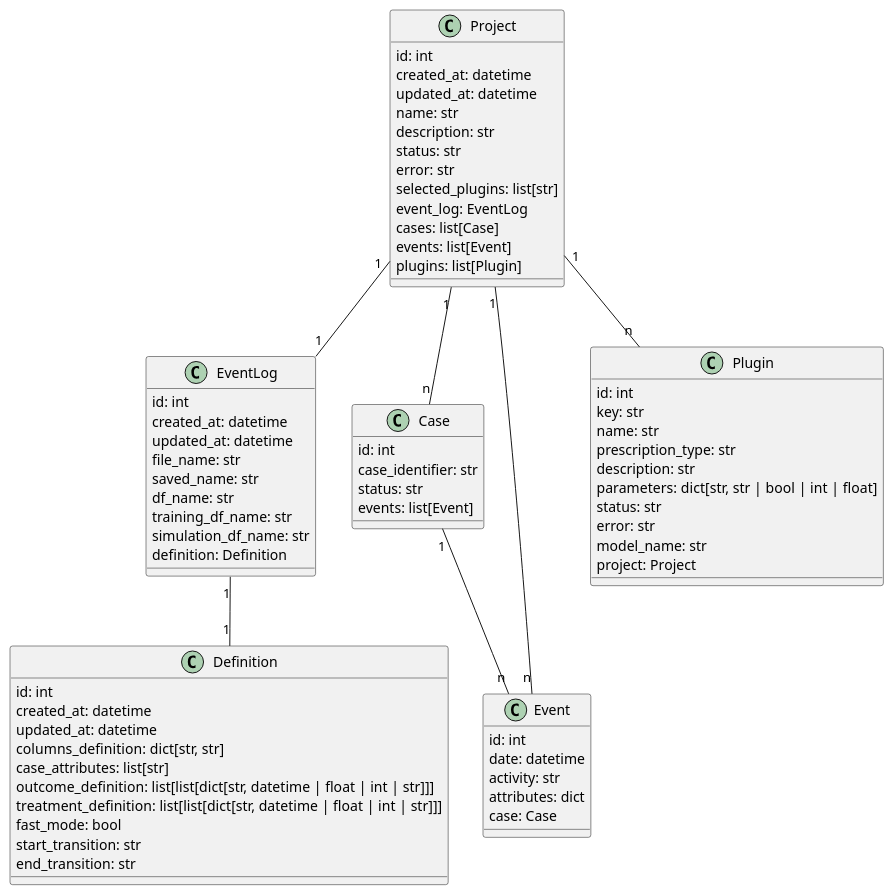
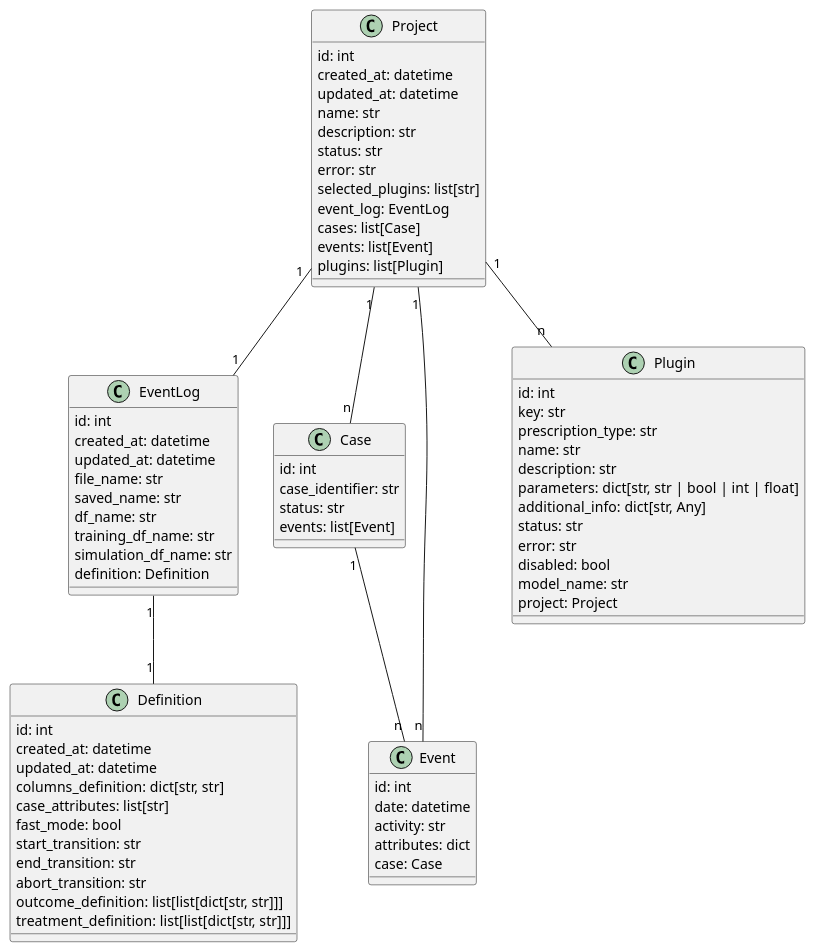
Before and after one commit to prcore/docs: the diagram in content/development/core/images/core-classes.plantuml, drawn with PlantUML. The commit also changed 15 other files, not shown here.

```diff
--- a/content/development/core/images/core-classes.plantuml
+++ b/content/development/core/images/core-classes.plantuml
@@ -1,78 +1,81 @@
 @startuml core-classes
 
 class EventLog {
     id: int
     created_at: datetime
     updated_at: datetime
     file_name: str
     saved_name: str
     df_name: str
     training_df_name: str
     simulation_df_name: str
     definition: Definition
 }
 
 class Definition {
     id: int
     created_at: datetime
     updated_at: datetime
     columns_definition: dict[str, str]
     case_attributes: list[str]
-    outcome_definition: list[list[dict[str, datetime | float | int | str]]]
-    treatment_definition: list[list[dict[str, datetime | float | int | str]]]
     fast_mode: bool
     start_transition: str
     end_transition: str
+    abort_transition: str
+    outcome_definition: list[list[dict[str, str]]]
+    treatment_definition: list[list[dict[str, str]]]
 }
 
 class Project {
     id: int
     created_at: datetime
     updated_at: datetime
     name: str
     description: str
     status: str
     error: str
     selected_plugins: list[str]
     event_log: EventLog
     cases: list[Case]
     events: list[Event]
     plugins: list[Plugin]
 }
 
 class Case{
     id: int
     case_identifier: str
     status: str
     events: list[Event]
 }
 
 class Event{
     id: int
     date: datetime
     activity: str
     attributes: dict
     case: Case
 }
 
 class Plugin {
     id: int
     key: str
+    prescription_type: str
     name: str
-    prescription_type: str
     description: str
     parameters: dict[str, str | bool | int | float]
+    additional_info: dict[str, Any]
     status: str
     error: str
+    disabled: bool
     model_name: str
     project: Project
 }
 
 EventLog "1" -- "1" Definition
 Project "1" -- "1" EventLog
 Project "1" -- "n" Case
 Project "1" -- "n" Event
 Case "1" -- "n" Event
 Project "1" -- "n" Plugin
 
 @enduml
```
